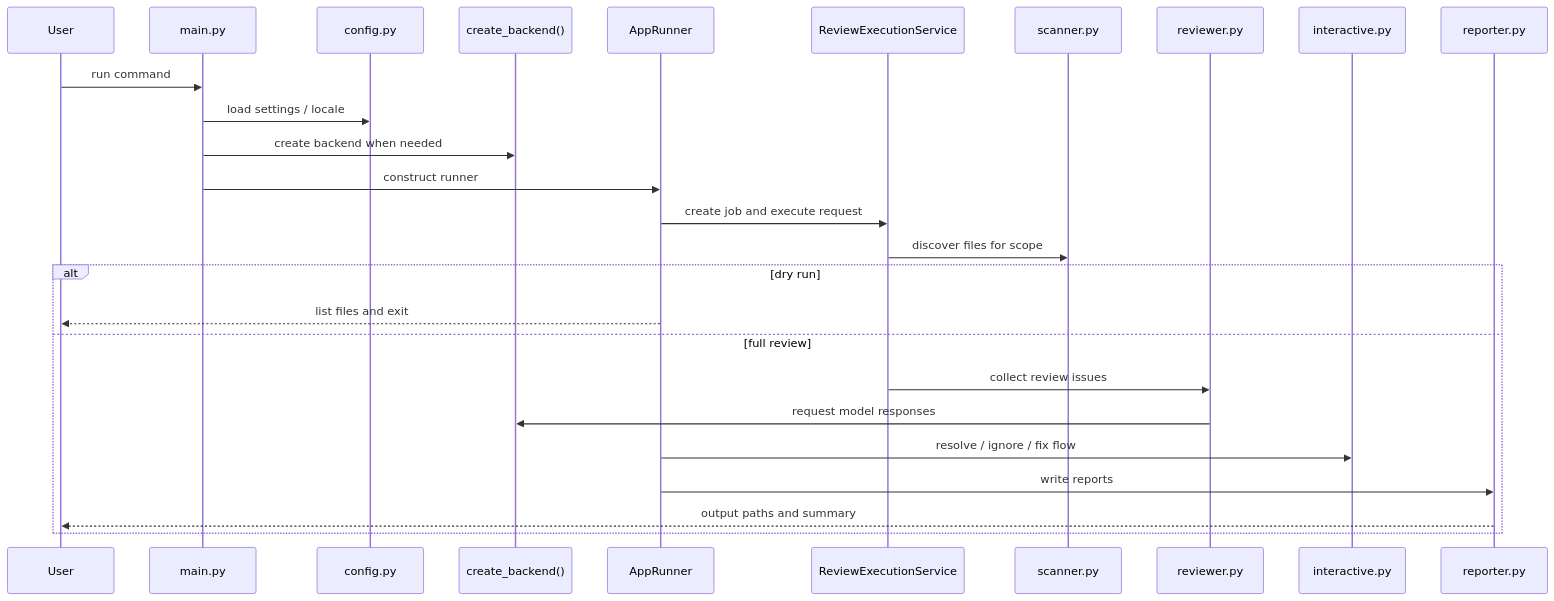
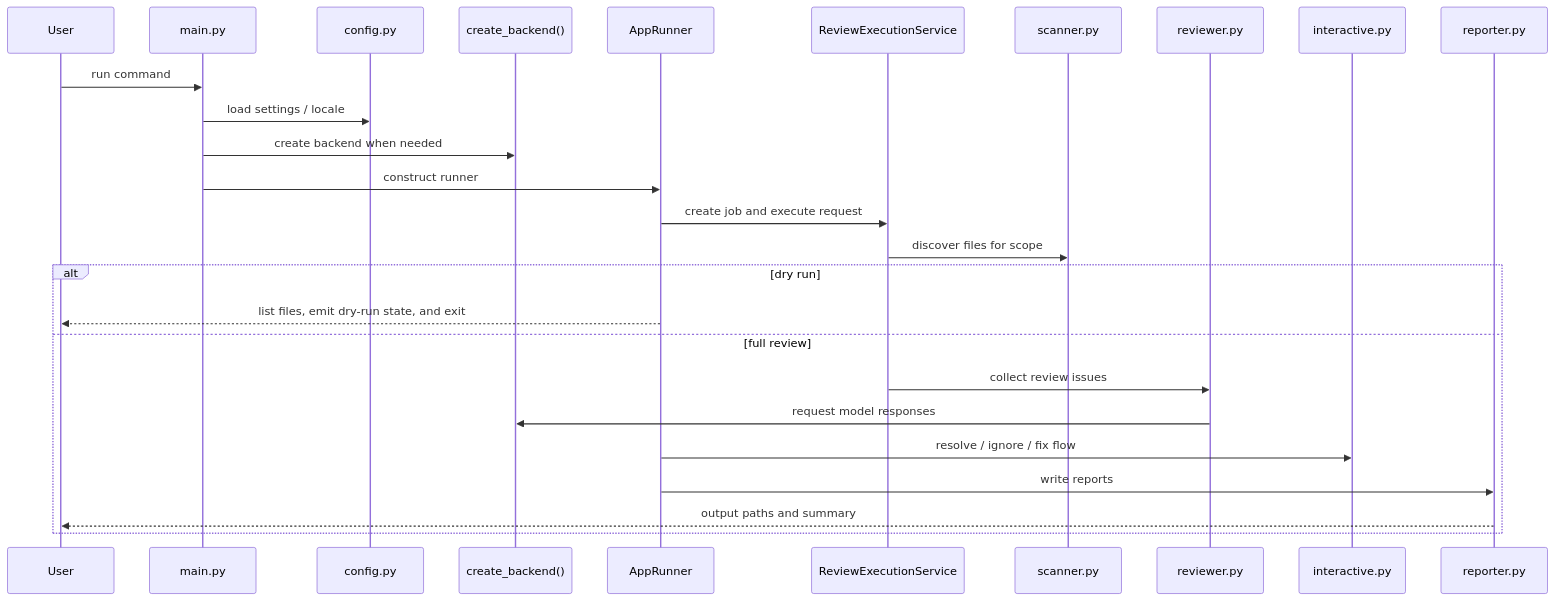
One commit to gallaway-jp/AICodeReviewer changed the third of 5 diagrams in docs/architecture.md. Above: the diagram before and after it, drawn with Mermaid. The commit also changed other lines of this file and 7 other files, not shown here.

````diff
--- a/docs/architecture.md
+++ b/docs/architecture.md
@@ -87,29 +87,29 @@
 ```mermaid
 sequenceDiagram
 	participant User
 	participant CLI as main.py
 	participant Config as config.py
 	participant Backend as create_backend()
 	participant Runner as AppRunner
 	participant Exec as ReviewExecutionService
 	participant Scanner as scanner.py
 	participant Reviewer as reviewer.py
 	participant Interactive as interactive.py
 	participant Reporter as reporter.py
 
 	User->>CLI: run command
 	CLI->>Config: load settings / locale
 	CLI->>Backend: create backend when needed
 	CLI->>Runner: construct runner
 	Runner->>Exec: create job and execute request
 	Exec->>Scanner: discover files for scope
 	alt dry run
-		Runner-->>User: list files and exit
+		Runner-->>User: list files, emit dry-run state, and exit
 	else full review
 		Exec->>Reviewer: collect review issues
 		Reviewer->>Backend: request model responses
 		Runner->>Interactive: resolve / ignore / fix flow
 		Runner->>Reporter: write reports
 		Reporter-->>User: output paths and summary
 	end
 ```
````
